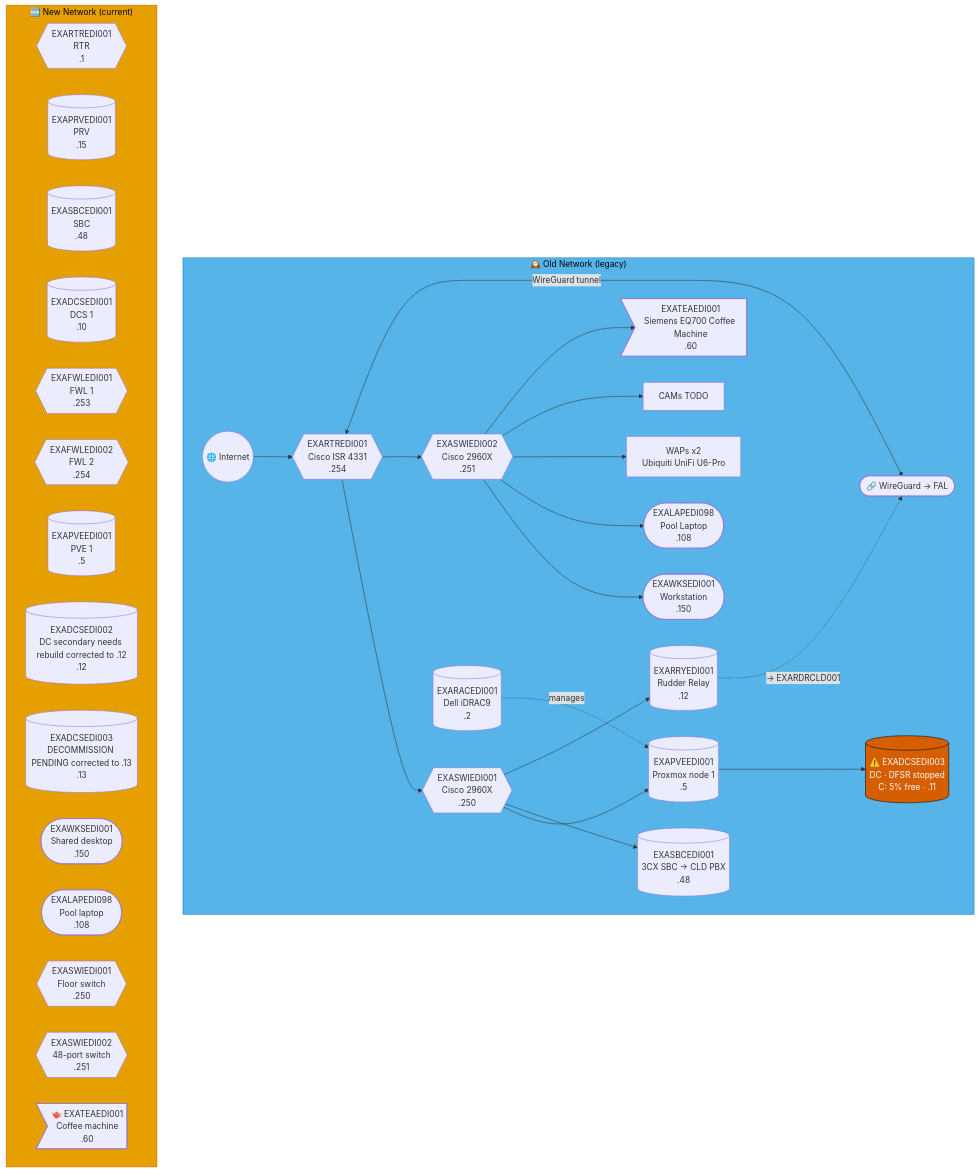
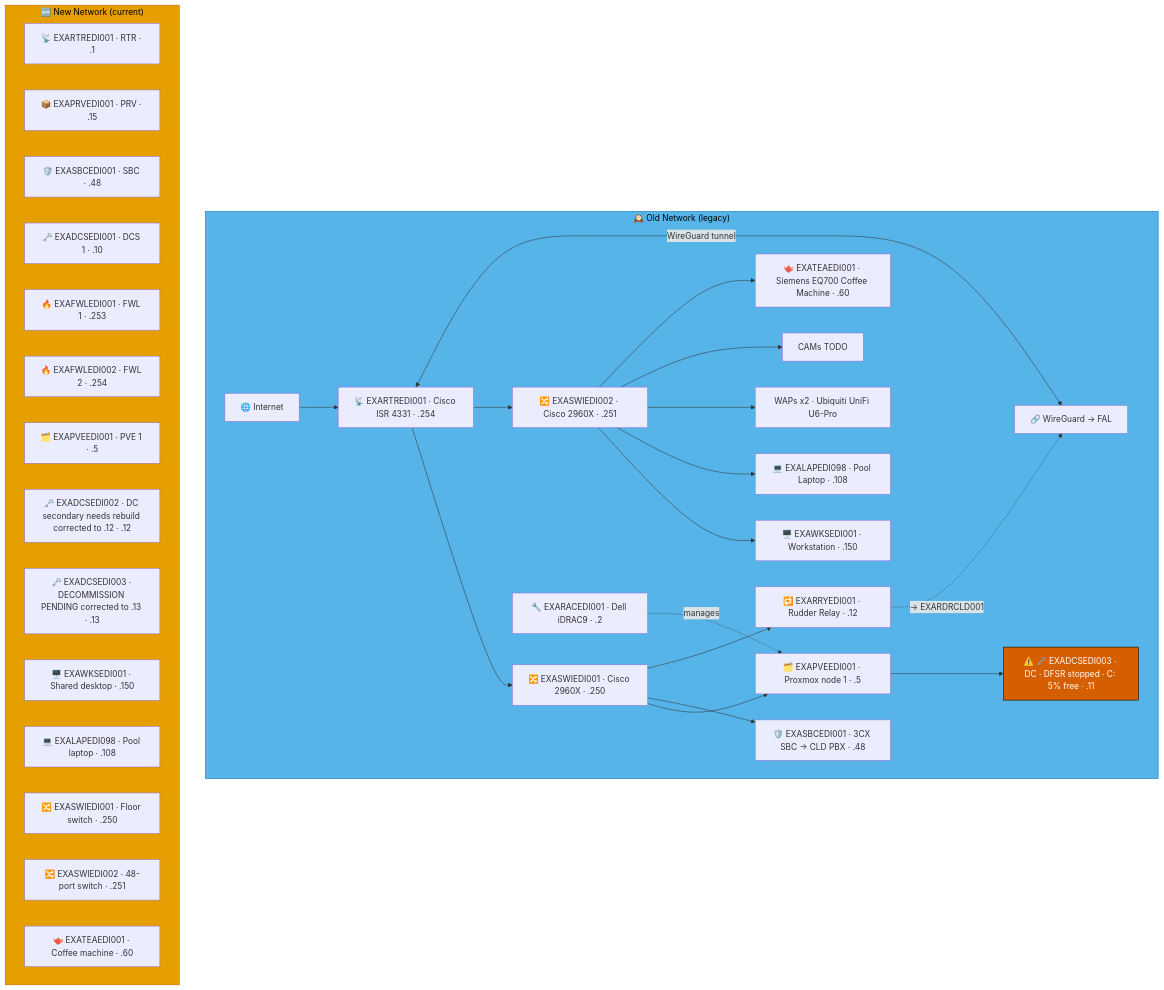
Before and after one commit to knightmare2600/example_music_infra: the third of 51 diagrams in docs/network-diagram.md, drawn with Mermaid. The commit also changed other lines of this file and 5 other files, not shown here.

````diff
--- a/docs/network-diagram.md
+++ b/docs/network-diagram.md
@@ -364,52 +365,52 @@
 ```mermaid
 graph TD
     subgraph OLD_EDI ["🕰️ Old Network (legacy)"]
-      INET(("🌐 Internet"))
-      RTR{{"EXARTREDI001<br/>Cisco ISR 4331<br/>.254"}}
-      SW1{{"EXASWIEDI001<br/>Cisco 2960X<br/>.250"}}
-      SW2{{"EXASWIEDI002<br/>Cisco 2960X<br/>.251"}}
-      RAC[("EXARACEDI001<br/>Dell iDRAC9<br/>.2")]
-      PVE[("EXAPVEEDI001<br/>Proxmox node 1<br/>.5")]
-      DC[("⚠️ EXADCSEDI003<br/>DC · DFSR stopped<br/>C: 5% free · .11")]
-      SBC[("EXASBCEDI001<br/>3CX SBC → CLD PBX<br/>.48")]
-      RRY[("EXARRYEDI001<br/>Rudder Relay<br/>.12")]
-      WKS(["EXAWKSEDI001<br/>Workstation<br/>.150"])
-      LAP(["EXALAPEDI098<br/>Pool Laptop<br/>.108"])
-      WAP["WAPs x2<br/>Ubiquiti UniFi U6-Pro"]
+      INET["🌐 Internet"]
+      RTR["📡 EXARTREDI001 · Cisco ISR 4331 · .254"]
+      SW1["🔀 EXASWIEDI001 · Cisco 2960X · .250"]
+      SW2["🔀 EXASWIEDI002 · Cisco 2960X · .251"]
+      RAC["🔧 EXARACEDI001 · Dell iDRAC9 · .2"]
+      PVE["🗂️ EXAPVEEDI001 · Proxmox node 1 · .5"]
+      DC["⚠️ 🗝️ EXADCSEDI003 · DC · DFSR stopped · C: 5% free · .11"]
+      SBC["🛡️ EXASBCEDI001 · 3CX SBC → CLD PBX · .48"]
+      RRY["🔁 EXARRYEDI001 · Rudder Relay · .12"]
+      WKS["🖥️ EXAWKSEDI001 · Workstation · .150"]
+      LAP["💻 EXALAPEDI098 · Pool Laptop · .108"]
+      WAP["WAPs x2 · Ubiquiti UniFi U6-Pro"]
       CAM["CAMs TODO"]
-      COF>"EXATEAEDI001<br/>Siemens EQ700 Coffee Machine<br/>.60"]
-      VPN(["🔗 WireGuard → FAL"])
+      COF["🫖 EXATEAEDI001 · Siemens EQ700 Coffee Machine · .60"]
+      VPN["🔗 WireGuard → FAL"]
 
       INET --> RTR --> SW1 & SW2
       SW1 --> PVE --> DC
       SW1 --> SBC
       RAC -.->|"manages"| PVE
       SW2 --> WKS & LAP & WAP & CAM & COF
       RTR <-->|"WireGuard tunnel"| VPN
 
       SW1 --> RRY
       RRY -. "→ EXARDRCLD001" .-> VPN
     end
     style OLD_EDI fill:#56B4E9,stroke:#0072B2,color:#000000
     %% GENERATED:NEW-NETWORK:EDI:START
     subgraph NEW_EDI ["🆕 New Network (current)"]
-      N_RTR{{"EXARTREDI001<br/>RTR<br/>.1"}}
-      N_PRV[("EXAPRVEDI001<br/>PRV<br/>.15")]
-      N_SBC[("EXASBCEDI001<br/>SBC<br/>.48")]
-      N_DCS[("EXADCSEDI001<br/>DCS 1<br/>.10")]
-      N_FWL{{"EXAFWLEDI001<br/>FWL 1<br/>.253"}}
-      N_FWL2{{"EXAFWLEDI002<br/>FWL 2<br/>.254"}}
-      N_PVE[("EXAPVEEDI001<br/>PVE 1<br/>.5")]
-      N_DCS2[("EXADCSEDI002<br/>DC secondary needs rebuild corrected to .12<br/>.12")]
-      N_DCS3[("EXADCSEDI003<br/>DECOMMISSION PENDING corrected to .13<br/>.13")]
-      N_WKS(["EXAWKSEDI001<br/>Shared desktop<br/>.150"])
-      N_LAP(["EXALAPEDI098<br/>Pool laptop<br/>.108"])
-      N_SWI{{"EXASWIEDI001<br/>Floor switch<br/>.250"}}
-      N_SWI2{{"EXASWIEDI002<br/>48-port switch<br/>.251"}}
-      N_TEA>"🫖 EXATEAEDI001<br/>Coffee machine<br/>.60"]
+      N_RTR["📡 EXARTREDI001 · RTR · .1"]
+      N_PRV["📦 EXAPRVEDI001 · PRV · .15"]
+      N_SBC["🛡️ EXASBCEDI001 · SBC · .48"]
+      N_DCS["🗝️ EXADCSEDI001 · DCS 1 · .10"]
+      N_FWL["🔥 EXAFWLEDI001 · FWL 1 · .253"]
+      N_FWL2["🔥 EXAFWLEDI002 · FWL 2 · .254"]
+      N_PVE["🗂️ EXAPVEEDI001 · PVE 1 · .5"]
+      N_DCS2["🗝️ EXADCSEDI002 · DC secondary needs rebuild corrected to .12 · .12"]
+      N_DCS3["🗝️ EXADCSEDI003 · DECOMMISSION PENDING corrected to .13 · .13"]
+      N_WKS["🖥️ EXAWKSEDI001 · Shared desktop · .150"]
+      N_LAP["💻 EXALAPEDI098 · Pool laptop · .108"]
+      N_SWI["🔀 EXASWIEDI001 · Floor switch · .250"]
+      N_SWI2["🔀 EXASWIEDI002 · 48-port switch · .251"]
+      N_TEA["🫖 EXATEAEDI001 · Coffee machine · .60"]
     end
     style NEW_EDI fill:#E69F00,stroke:#D55E00,color:#000000
     %% GENERATED:NEW-NETWORK:EDI:END
     classDef warn fill:#D55E00,stroke:#000000,color:#ffffff
     class DC warn
 ```
````
